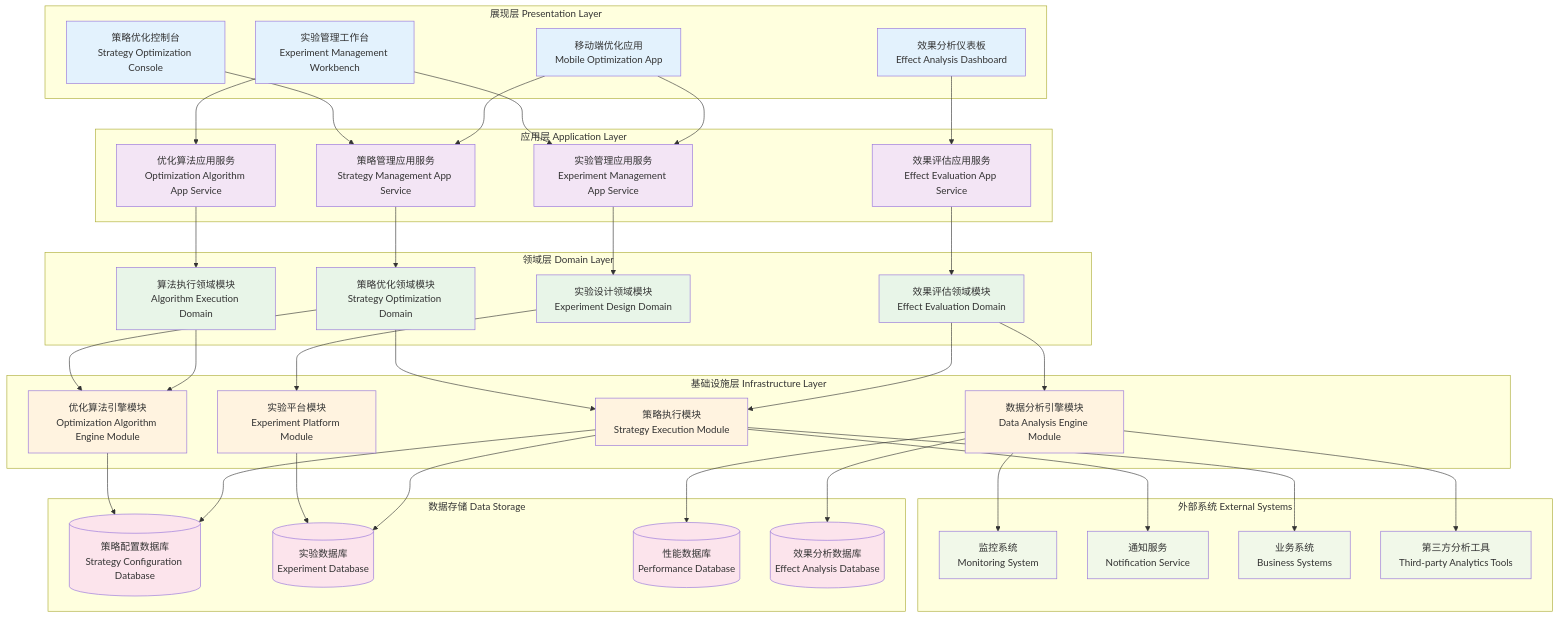
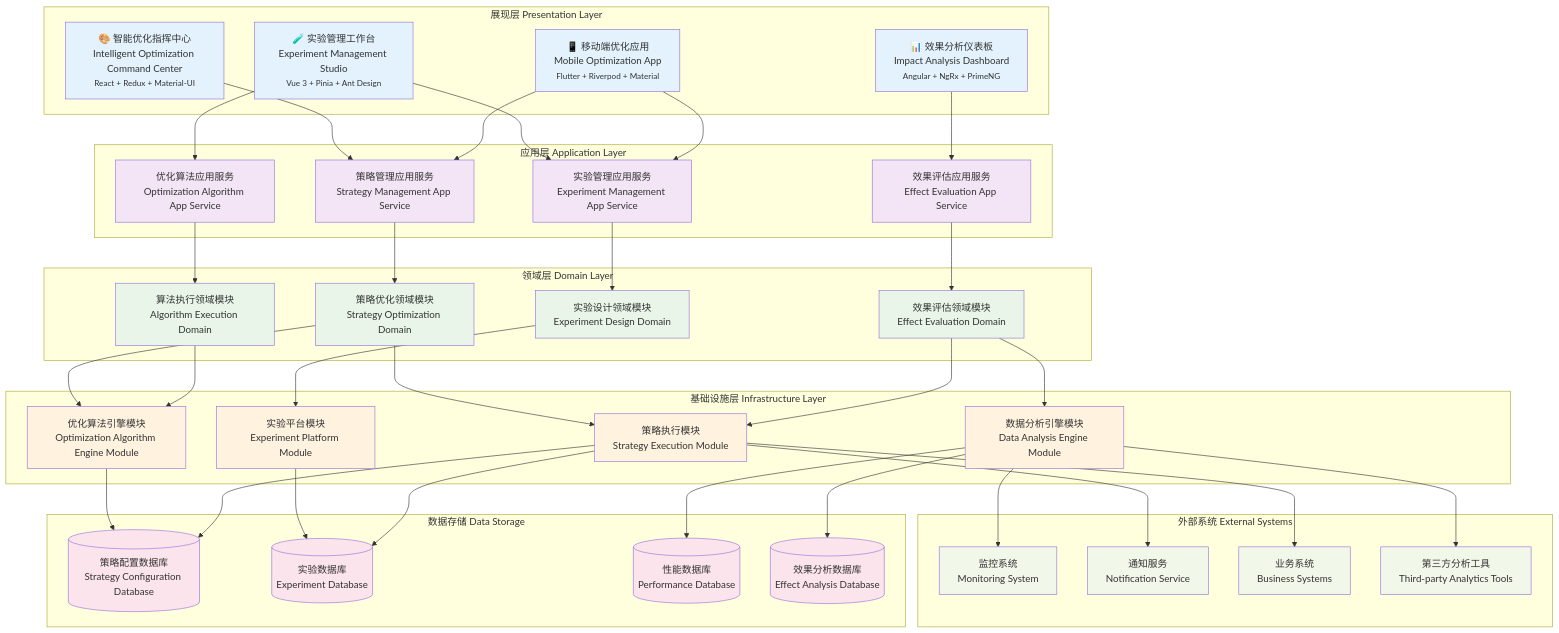
The diagram in 24.2.7_strategy_optimization_architecture.md (xsl625/-), drawn with Mermaid before and after one commit. The commit also changed other lines of this file and 9 other files, not shown here.

Commit message:
Enhance architecture docs with detailed technical insights and modern tech stack

````diff
--- a/24.2.7_strategy_optimization_architecture.md
+++ b/24.2.7_strategy_optimization_architecture.md
@@ -8,10 +14,10 @@
 ```mermaid
 graph TB
     subgraph "展现层 Presentation Layer"
-        A[策略优化控制台<br/>Strategy Optimization Console]
-        B[实验管理工作台<br/>Experiment Management Workbench]
-        C[效果分析仪表板<br/>Effect Analysis Dashboard]
-        D[移动端优化应用<br/>Mobile Optimization App]
+        A[🎨 智能优化指挥中心<br/>Intelligent Optimization Command Center<br/><small>React + Redux + Material-UI</small>]
+        B[🧪 实验管理工作台<br/>Experiment Management Studio<br/><small>Vue 3 + Pinia + Ant Design</small>]
+        C[📊 效果分析仪表板<br/>Impact Analysis Dashboard<br/><small>Angular + NgRx + PrimeNG</small>]
+        D[📱 移动端优化应用<br/>Mobile Optimization App<br/><small>Flutter + Riverpod + Material</small>]
     end
     
     subgraph "应用层 Application Layer"
````
